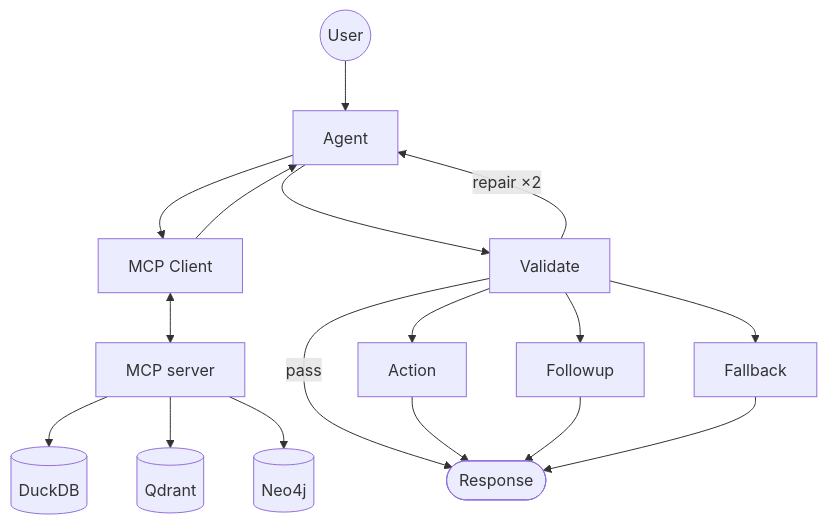
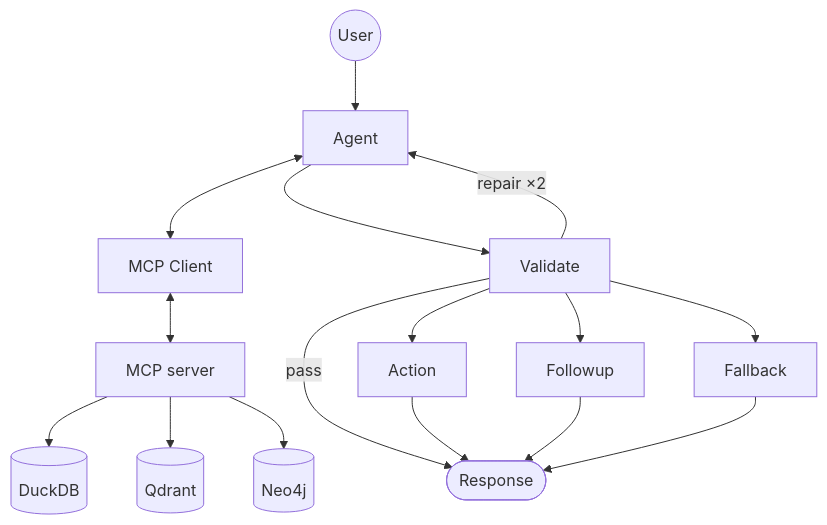
One commit to sazzad-kamal/crm-agentic-mcp-engine changed the second of 7 diagrams in README.md. Above: the diagram before and after it, drawn with Mermaid.

Commit message:
Spine: collapse Agent<->MCP Client to one bidirectional arrow (request/result round-trip); Validate loop stays two arrows

````diff
--- a/README.md
+++ b/README.md
@@ -63,23 +63,22 @@
 ```mermaid
 flowchart TB
     Q(("User")) --> AGENT["Agent"]
 
-    AGENT --> MCP_CLIENT["MCP Client"]
+    AGENT <--> MCP_CLIENT["MCP Client"]
     MCP_CLIENT <--> MCPSRV["MCP server"]
-    MCP_CLIENT --> AGENT
 
     AGENT --> VAL["Validate"]
     VAL -->|"repair ×2"| AGENT
     VAL --> FB["Fallback"]
     VAL -->|pass| RESP
     VAL --> ACT["Action"] & FU["Followup"]
     ACT --> RESP
     FU --> RESP
     FB --> RESP
 
     RESP(["Response"])
 
     MCPSRV --> DB[("DuckDB")]
     MCPSRV --> VS[("Qdrant")]
     MCPSRV --> N4[("Neo4j")]
 ```
````
